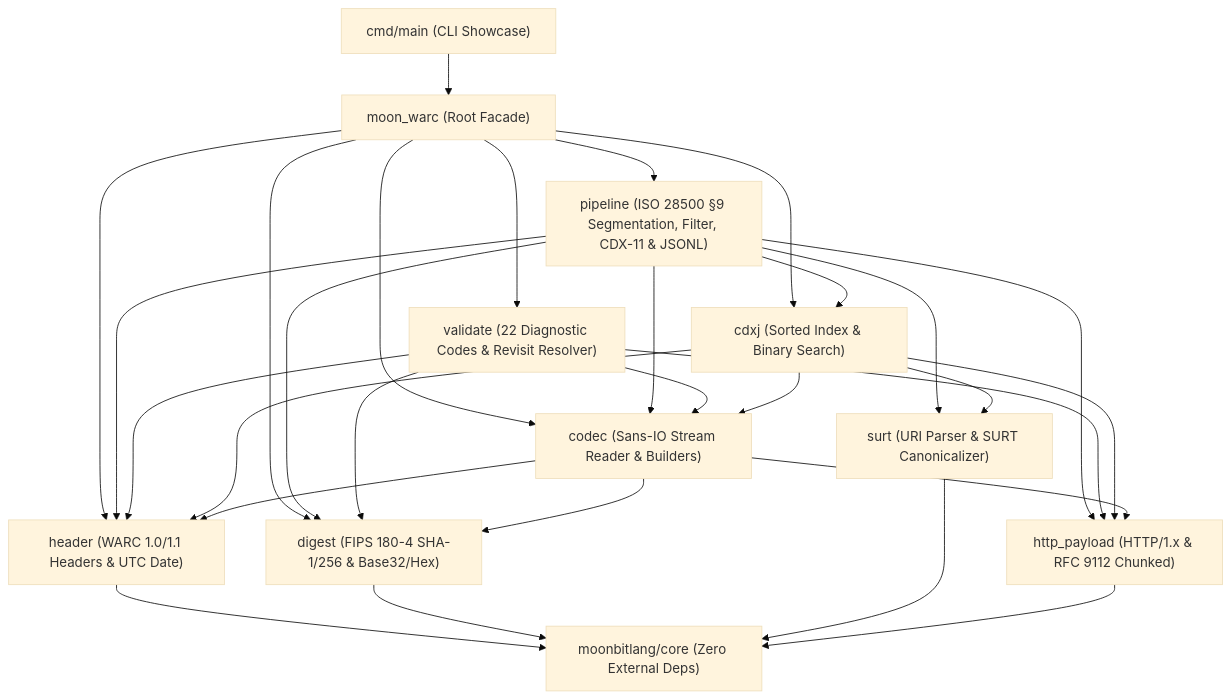
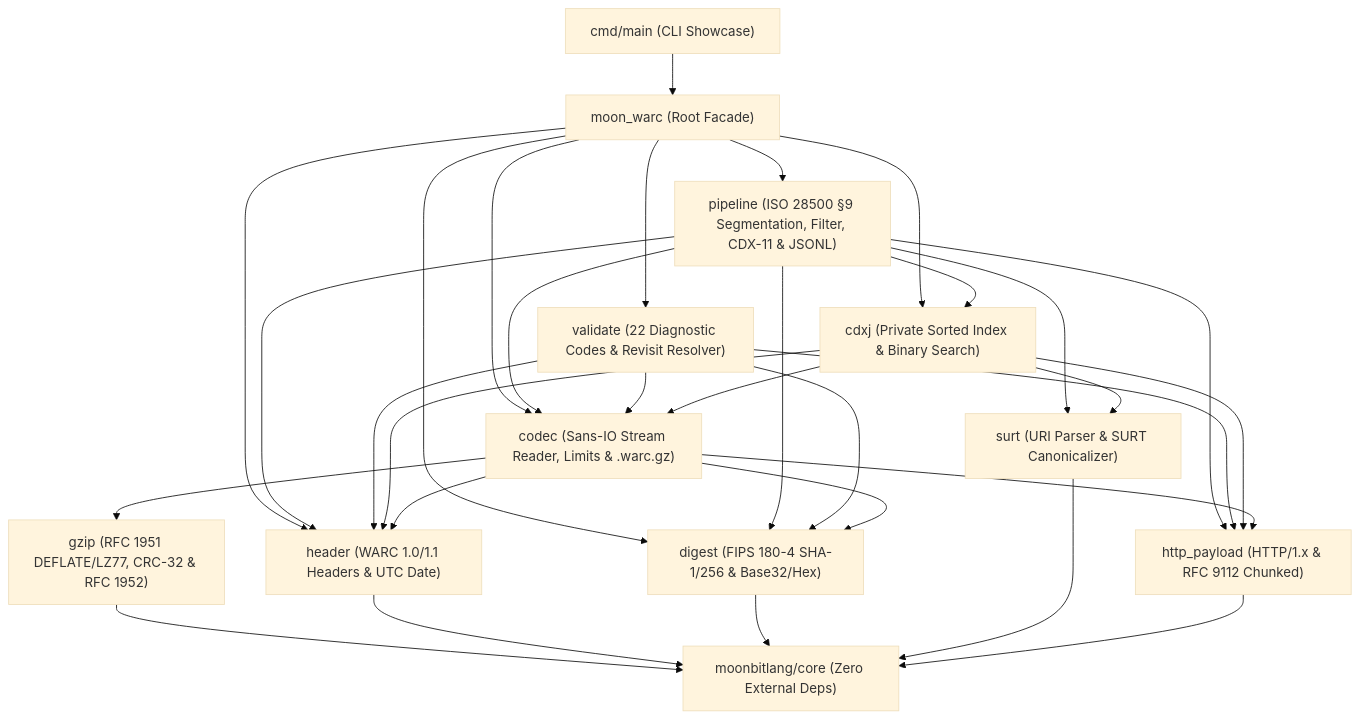
The first of 3 diagrams in docs/ARCHITECTURE.md (XinOrigin/moon-warc), drawn with Mermaid (base theme) before and after one commit. The commit also changed other lines of this file and 37 other files, not shown here.

````diff
--- a/docs/ARCHITECTURE.md
+++ b/docs/ARCHITECTURE.md
@@ -9,36 +9,38 @@
 ```mermaid
 flowchart TD
   CMD["cmd/main (CLI Showcase)"] --> ROOT["moon_warc (Root Facade)"]
-  ROOT --> CODEC["codec (Sans-IO Stream Reader & Builders)"]
-  ROOT --> CDXJ["cdxj (Sorted Index & Binary Search)"]
+  ROOT --> CODEC["codec (Sans-IO Stream Reader, Limits & .warc.gz)"]
+  ROOT --> CDXJ["cdxj (Private Sorted Index & Binary Search)"]
   ROOT --> VAL["validate (22 Diagnostic Codes & Revisit Resolver)"]
   ROOT --> PIPE["pipeline (ISO 28500 §9 Segmentation, Filter, CDX-11 & JSONL)"]
   ROOT --> HDR["header (WARC 1.0/1.1 Headers & UTC Date)"]
   ROOT --> DIG["digest (FIPS 180-4 SHA-1/256 & Base32/Hex)"]
 
   PIPE --> CODEC
   PIPE --> HDR
   PIPE --> DIG
   PIPE --> HTTP["http_payload (HTTP/1.x & RFC 9112 Chunked)"]
   PIPE --> SURT["surt (URI Parser & SURT Canonicalizer)"]
   PIPE --> CDXJ
 
   VAL --> CODEC
   VAL --> HDR
   VAL --> DIG
   VAL --> HTTP
 
   CDXJ --> CODEC
   CDXJ --> HDR
   CDXJ --> SURT
   CDXJ --> HTTP
 
   CODEC --> HDR
   CODEC --> DIG
   CODEC --> HTTP
+  CODEC --> GZIP["gzip (RFC 1951 DEFLATE/LZ77, CRC-32 & RFC 1952)"]
 
-  HDR --> CORE["moonbitlang/core (Zero External Deps)"]
+  GZIP --> CORE["moonbitlang/core (Zero External Deps)"]
+  HDR --> CORE
   DIG --> CORE
   SURT --> CORE
   HTTP --> CORE
 ```
````
